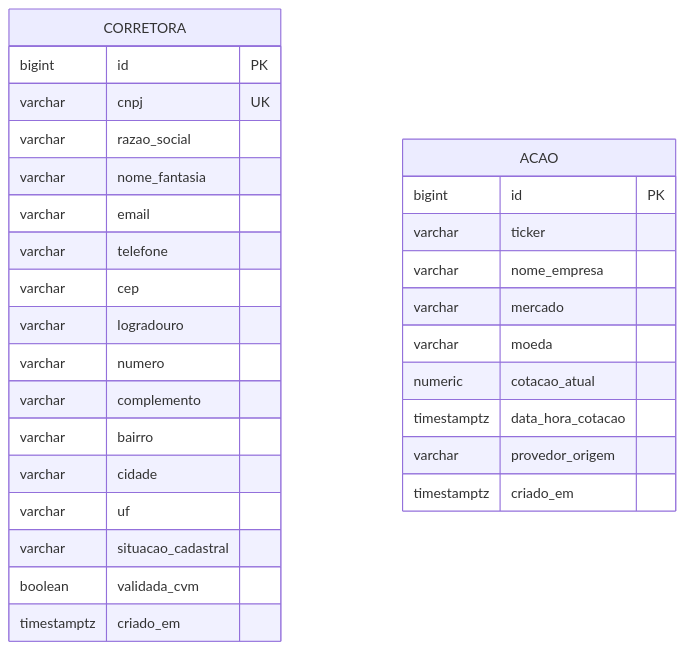
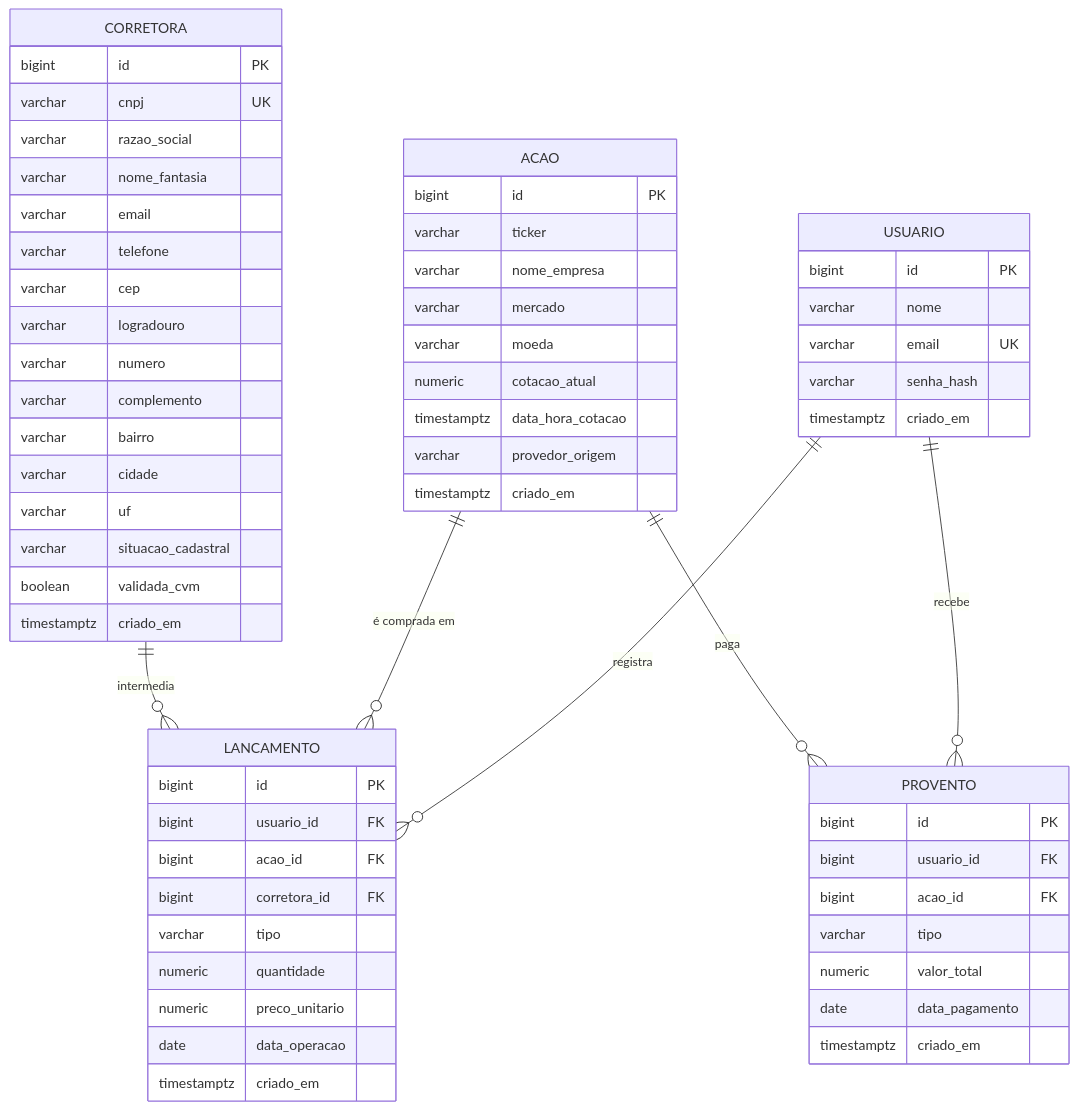
The first of 3 diagrams in docs/diagramas.md (viniciussoliveiraa/gestao-acoes), drawn with Mermaid before and after one commit. The commit also changed other lines of this file and 143 other files, not shown here.

````diff
--- a/docs/diagramas.md
+++ b/docs/diagramas.md
@@ -5,33 +5,69 @@
 ```mermaid
 erDiagram
     CORRETORA {
         bigint id PK
         varchar cnpj UK
         varchar razao_social
         varchar nome_fantasia
         varchar email
         varchar telefone
         varchar cep
         varchar logradouro
         varchar numero
         varchar complemento
         varchar bairro
         varchar cidade
         varchar uf
         varchar situacao_cadastral
         boolean validada_cvm
         timestamptz criado_em
     }
 
     ACAO {
         bigint id PK
         varchar ticker
         varchar nome_empresa
         varchar mercado
         varchar moeda
         numeric cotacao_atual
         timestamptz data_hora_cotacao
         varchar provedor_origem
         timestamptz criado_em
     }
+
+    USUARIO {
+        bigint id PK
+        varchar nome
+        varchar email UK
+        varchar senha_hash
+        timestamptz criado_em
+    }
+
+    LANCAMENTO {
+        bigint id PK
+        bigint usuario_id FK
+        bigint acao_id FK
+        bigint corretora_id FK
+        varchar tipo
+        numeric quantidade
+        numeric preco_unitario
+        date data_operacao
+        timestamptz criado_em
+    }
+
+    PROVENTO {
+        bigint id PK
+        bigint usuario_id FK
+        bigint acao_id FK
+        varchar tipo
+        numeric valor_total
+        date data_pagamento
+        timestamptz criado_em
+    }
+
+    USUARIO ||--o{ LANCAMENTO : registra
+    ACAO ||--o{ LANCAMENTO : "é comprada em"
+    CORRETORA ||--o{ LANCAMENTO : intermedia
+    USUARIO ||--o{ PROVENTO : recebe
+    ACAO ||--o{ PROVENTO : "paga"
 ```
````
